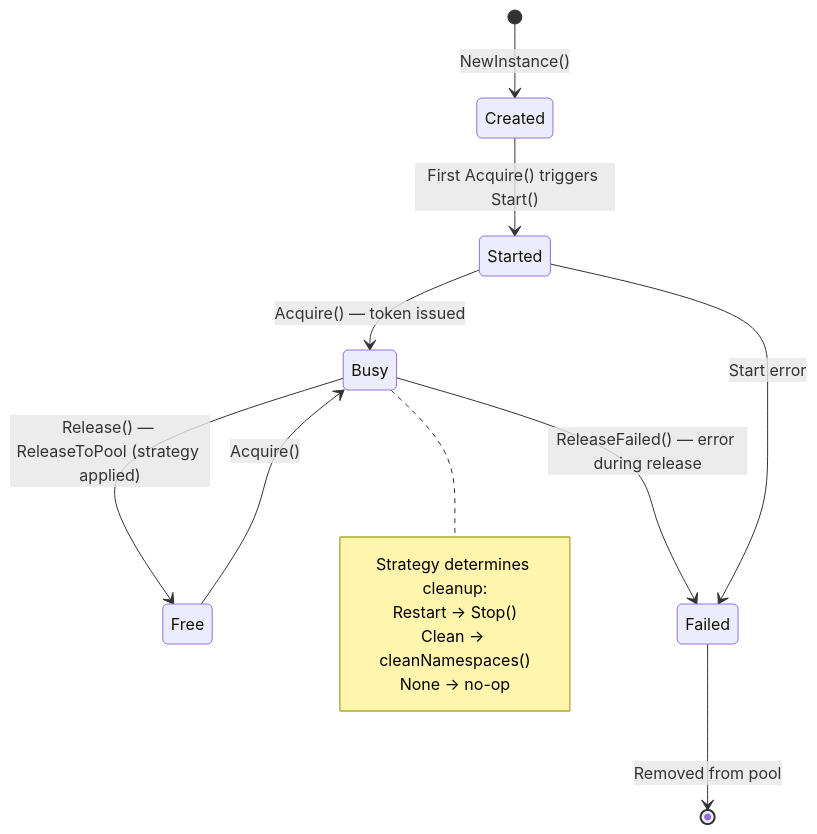
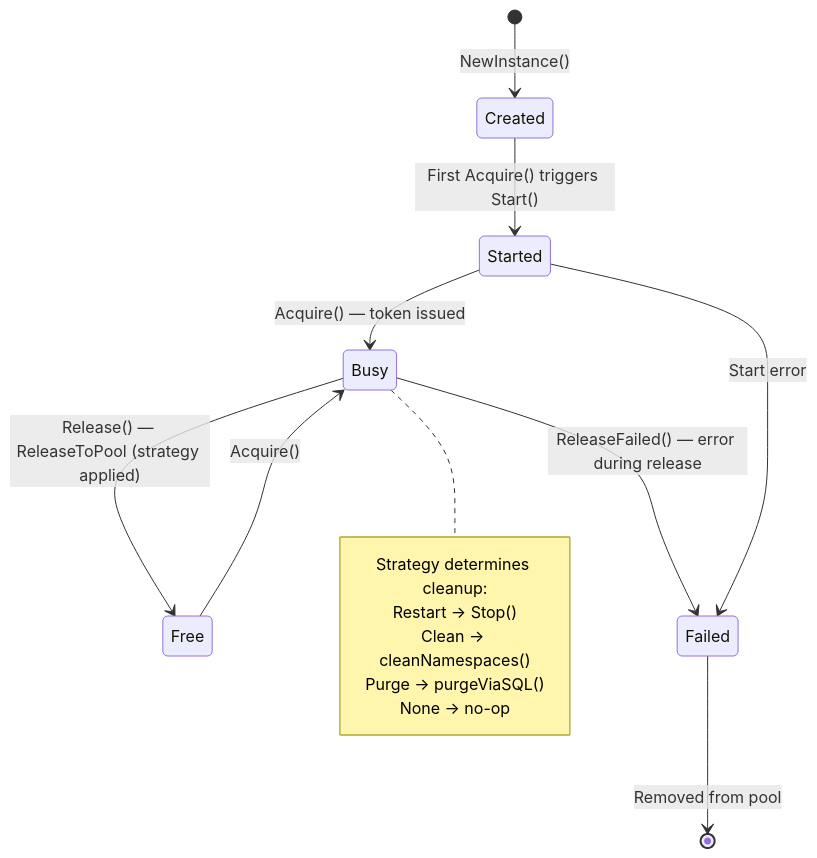
Before and after one commit to giantswarm/k8senv: the third of 3 diagrams in docs/reference/data-flow.md, drawn with Mermaid. The commit also changed other lines of this file and 20 other files, not shown here.

````diff
--- a/docs/reference/data-flow.md
+++ b/docs/reference/data-flow.md
@@ -107,18 +110,19 @@
 ```mermaid
 stateDiagram-v2
     [*] --> Created: NewInstance()
     Created --> Started: First Acquire() triggers Start()
     Started --> Busy: Acquire() — token issued
     Busy --> Free: Release() — ReleaseToPool (strategy applied)
     Free --> Busy: Acquire()
     Busy --> Failed: ReleaseFailed() — error during release
     Started --> Failed: Start error
     Failed --> [*]: Removed from pool
 
     note right of Busy
         Strategy determines cleanup:
         Restart → Stop()
         Clean → cleanNamespaces()
+        Purge → purgeViaSQL()
         None → no-op
     end note
 ```
````
